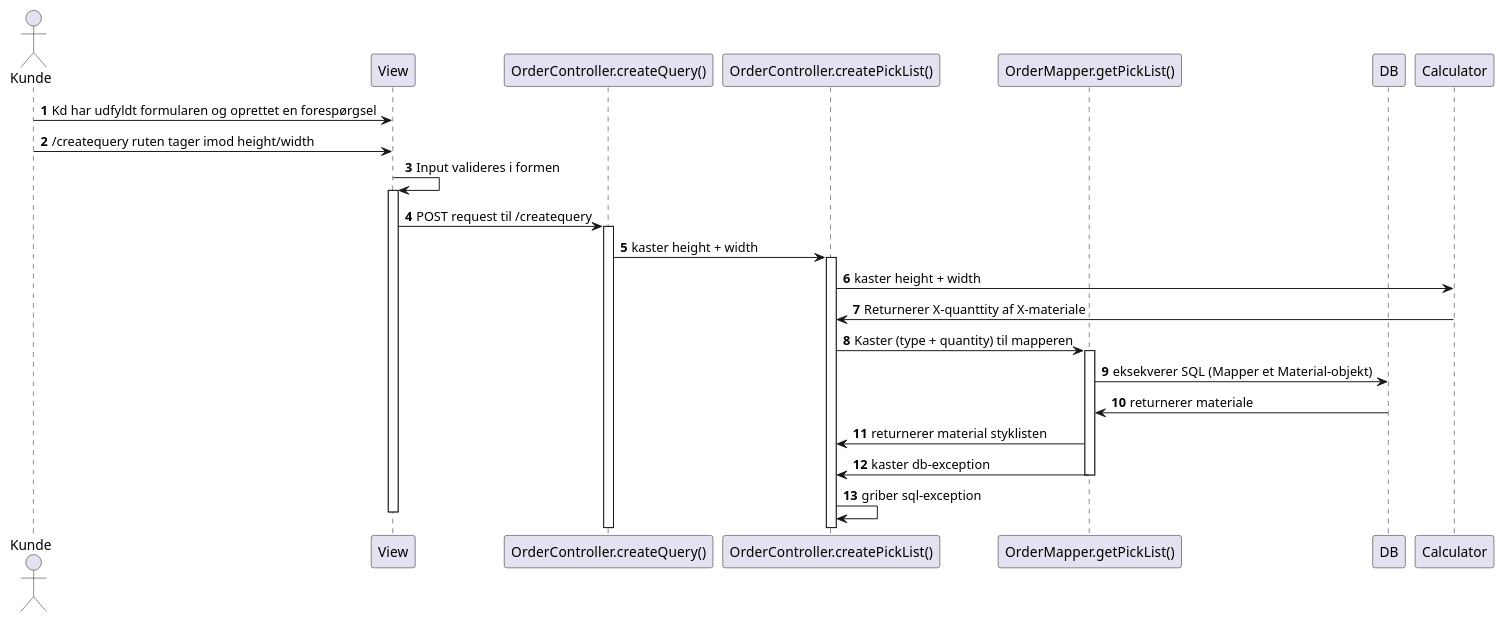
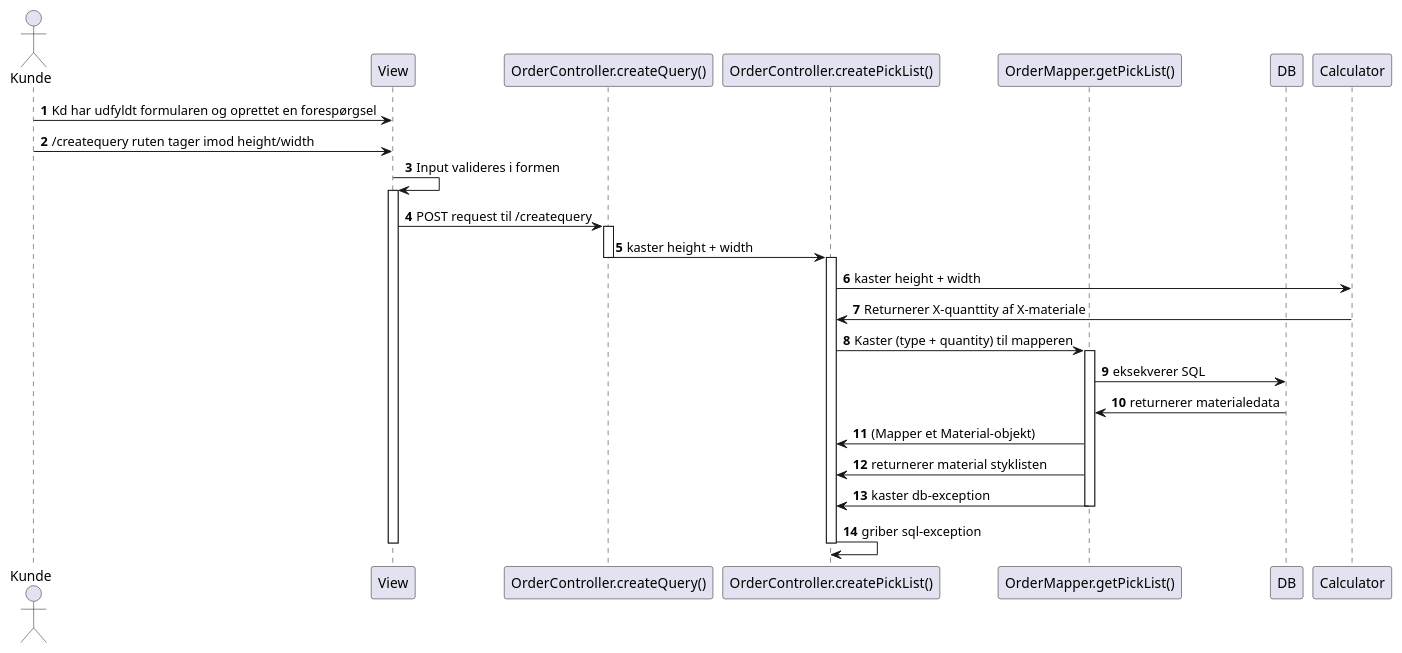
One commit to mridrisisci/fog-projekt changed the diagram in docs/Sequence diagrams/us3-beregn-stykliste.puml. Above: the diagram before and after it, drawn with PlantUML.

Commit message:
sidste småjusteringer på us3-v1 sekv. diagram

```diff
--- a/docs/Sequence diagrams/us3-beregn-stykliste.puml
+++ b/docs/Sequence diagrams/us3-beregn-stykliste.puml
@@ -1,35 +1,39 @@
 @startuml
 'https://plantuml.com/sequence-diagram
 
 autonumber
 
 Actor Kunde
 participant View as V
 participant "OrderController.createQuery()" as C
 participant "OrderController.createPickList()" as C2
 participant "OrderMapper.getPickList()" as M
 participant DB
 participant Calculator
 
 Kunde -> V: Kd har udfyldt formularen og oprettet en forespørgsel
 Kunde -> V: /createquery ruten tager imod height/width
 V -> V: Input valideres i formen
 activate V
 V -> C: POST request til /createquery
 activate C
 C -> C2: kaster height + width
+deactivate C
 activate C2
 C2 -> Calculator: kaster height + width
 Calculator -> C2: Returnerer X-quanttity af X-materiale
 deactivate Calculator
 C2 -> M: Kaster (type + quantity) til mapperen
 activate M
-M -> DB: eksekverer SQL (Mapper et Material-objekt)
-DB -> M: returnerer materiale
+M -> DB: eksekverer SQL
+DB -> M: returnerer materialedata
+M -> C2: (Mapper et Material-objekt)
 M -> C2: returnerer material styklisten
 M -> C2: kaster db-exception
 deactivate M
 C2 -> C2: griber sql-exception
 
+deactivate C2
+
 deactivate V
 @enduml
```
